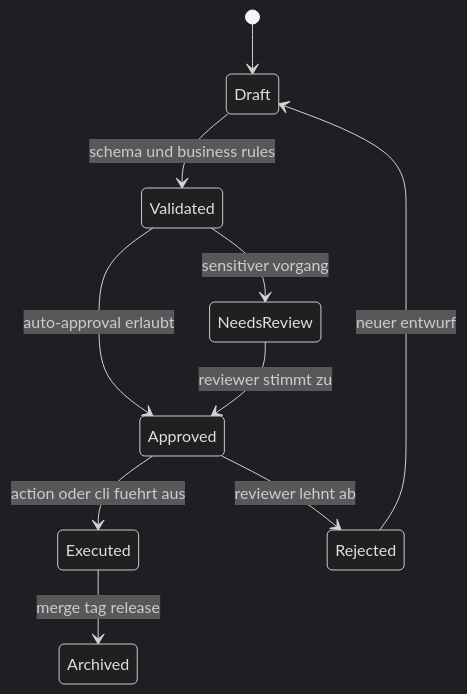
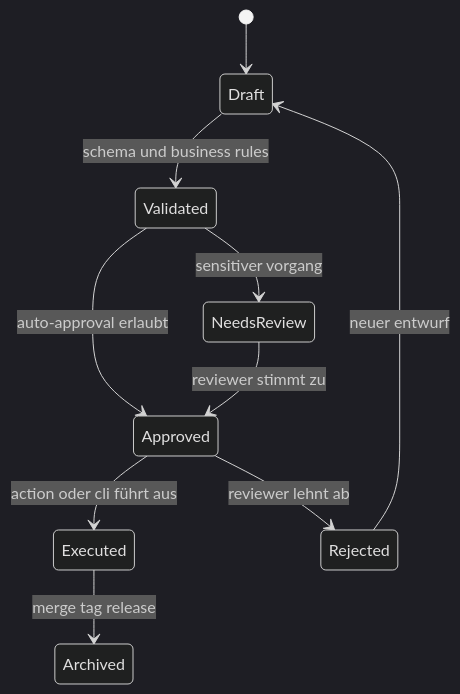
Before and after one commit to notariat8/NaC: the third of 4 diagrams in docs/de/architecture.md, drawn with Mermaid (dark theme). The commit also changed other lines of this file and 231 other files, not shown here.

````diff
--- a/docs/de/architecture.md
+++ b/docs/de/architecture.md
@@ -50,12 +50,12 @@
 ```mermaid
 stateDiagram-v2
     [*] --> Draft
     Draft --> Validated: schema und business rules
     Validated --> NeedsReview: sensitiver vorgang
     Validated --> Approved: auto-approval erlaubt
     NeedsReview --> Approved: reviewer stimmt zu
-    Approved --> Executed: action oder cli fuehrt aus
+    Approved --> Executed: action oder cli führt aus
     Executed --> Archived: merge tag release
     Approved --> Rejected: reviewer lehnt ab
     Rejected --> Draft: neuer entwurf
 ```
````
